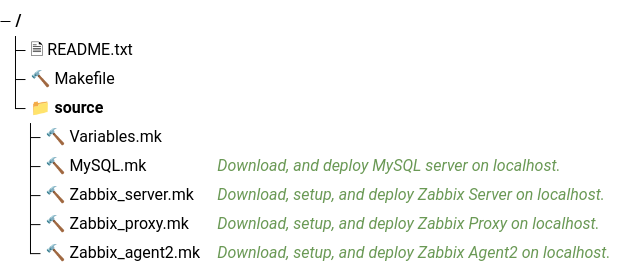
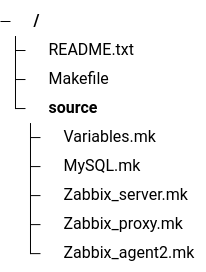
The diagram in README.md (Zai4ikManiak/Cyber-Security-Study), drawn with Mermaid before and after one commit.

Commit message:
modified:   README.md

````diff
--- a/README.md
+++ b/README.md
@@ -2,17 +2,17 @@
 ```mermaid
 ---
 config:
     treeView:
-        showIcons: false
+        showIcons: true
         defaultIconPack: material-icon-theme
 ---
 treeView-beta
-    🗎 README.txt
-    🔨 Makefile
-    📁 source/ 
-        🔨 Variables.mk
-        🔨 MySQL.mk ## Download, and deploy MySQL server on localhost.
-        🔨 Zabbix_server.mk ## Download, setup, and deploy Zabbix Server on localhost.
-        🔨 Zabbix_proxy.mk ## Download, setup, and deploy Zabbix Proxy on localhost.
-        🔨 Zabbix_agent2.mk ## Download, setup, and deploy Zabbix Agent2 on localhost.
+    README.txt
+    Makefile
+    source/ 
+        Variables.mk
+        MySQL.mk
+        Zabbix_server.mk 
+        Zabbix_proxy.mk 
+        Zabbix_agent2.mk 
 ```
````
